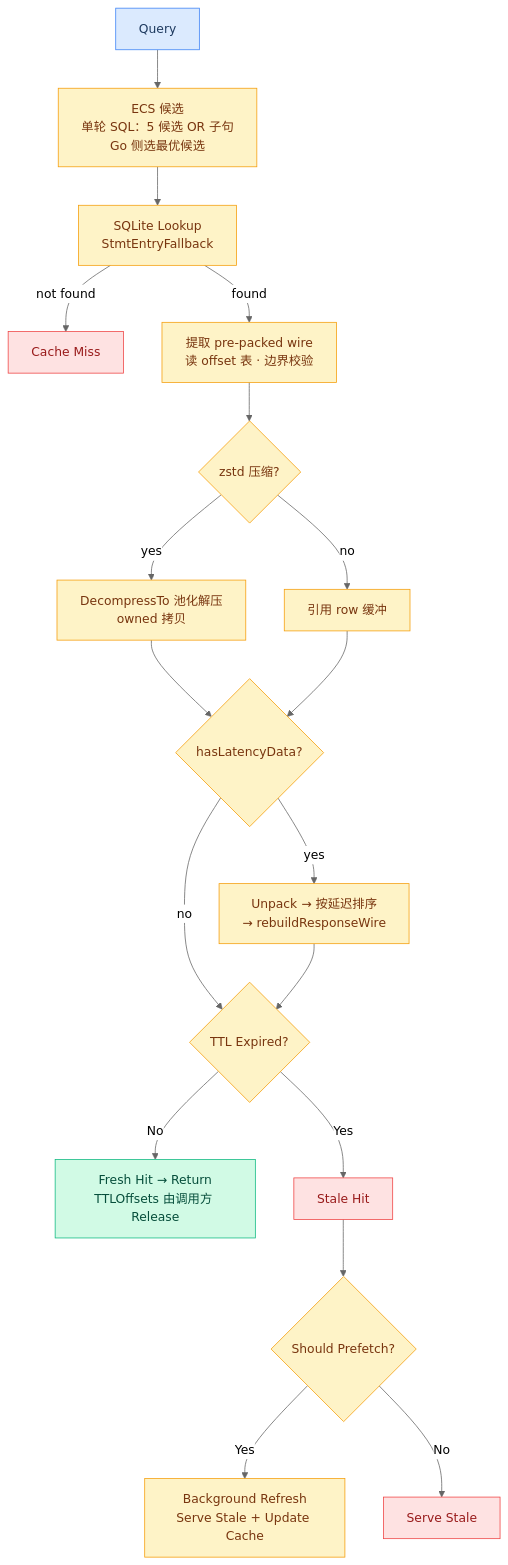
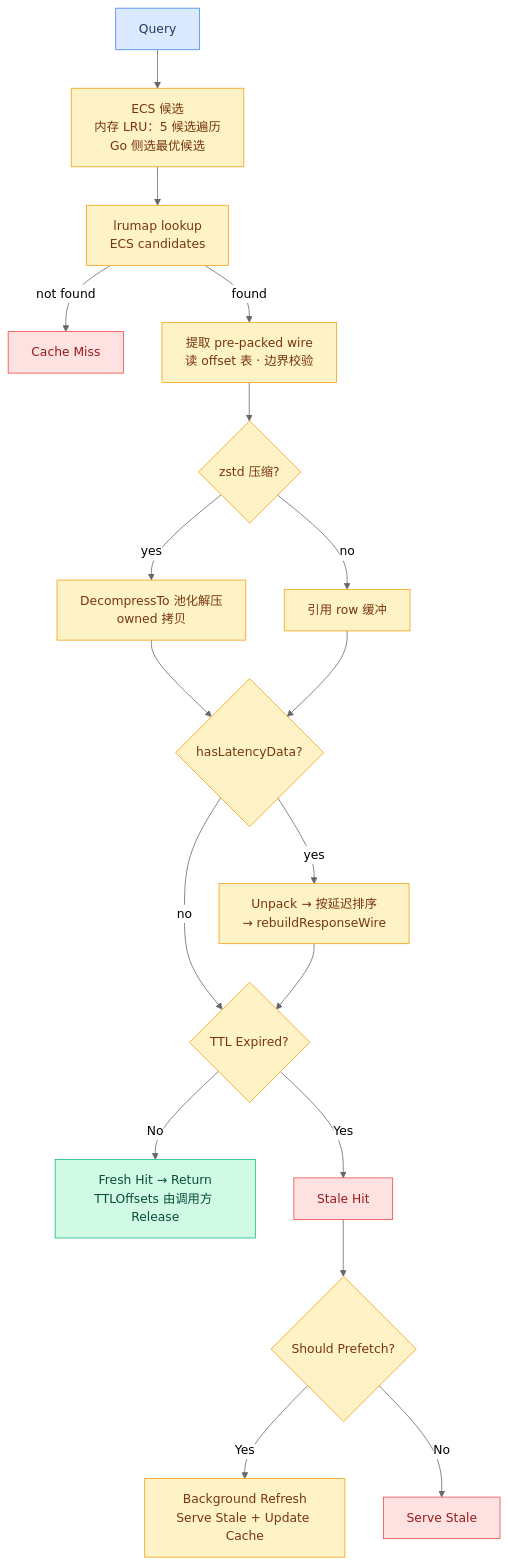
Before and after one commit to hezhijie0327/ZJDNS: the sixth of 28 diagrams in docs/FLOWCHARTS.md, drawn with Mermaid (neutral theme). The commit also changed other lines of this file and 33 other files, not shown here.

````diff
--- a/docs/FLOWCHARTS.md
+++ b/docs/FLOWCHARTS.md
@@ -97,28 +96,28 @@
 ```mermaid
 graph TD
-    Q[Query] --> ECS[ECS 候选<br/>单轮 SQL：5 候选 OR 子句<br/>Go 侧选最优候选]
-    ECS --> SQL[SQLite Lookup<br/>StmtEntryFallback]
+    Q[Query] --> ECS[ECS 候选<br/>内存 LRU：5 候选遍历<br/>Go 侧选最优候选]
+    ECS --> SQL[lrumap lookup<br/>ECS candidates]
     SQL -->|not found| MISS[Cache Miss]
     SQL -->|found| WIRE[提取 pre-packed wire<br/>读 offset 表 · 边界校验]
     WIRE --> ZSTD{zstd 压缩?}
     ZSTD -->|yes| DECOMP[DecompressTo 池化解压<br/>owned 拷贝]
     ZSTD -->|no| REF[引用 row 缓冲]
     DECOMP --> LAT{hasLatencyData?}
     REF --> LAT
     LAT -->|yes| UNPACK[Unpack → 按延迟排序<br/>→ rebuildResponseWire]
     LAT -->|no| EXPIRED{TTL Expired?}
     UNPACK --> EXPIRED
     EXPIRED -->|No| HIT[Fresh Hit → Return<br/>TTLOffsets 由调用方 Release]
     EXPIRED -->|Yes| STALE[Stale Hit]
     STALE --> PREFETCH{Should Prefetch?}
     PREFETCH -->|Yes| BG[Background Refresh<br/>Serve Stale + Update Cache]
     PREFETCH -->|No| RETURN[Serve Stale]
     classDef start fill:#dbeafe,stroke:#3b82f6,color:#1e3a5f
     classDef proc fill:#fef3c7,stroke:#f59e0b,color:#78350f
     classDef hit fill:#d1fae5,stroke:#10b981,color:#064e3b
     classDef miss fill:#fee2e2,stroke:#ef4444,color:#991b1b
     class Q start
     class ECS,SQL,WIRE,ZSTD,DECOMP,REF,LAT,UNPACK,EXPIRED,PREFETCH,BG proc
     class HIT hit
     class MISS,RETURN,STALE miss
 ```
````
